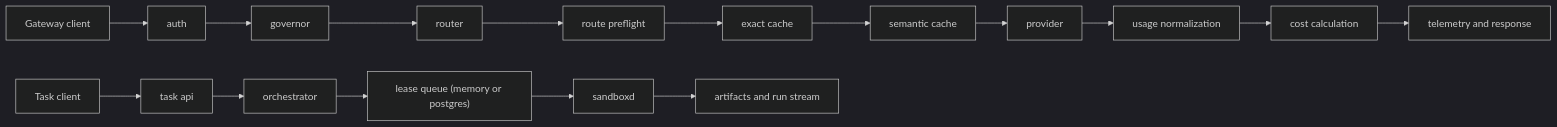
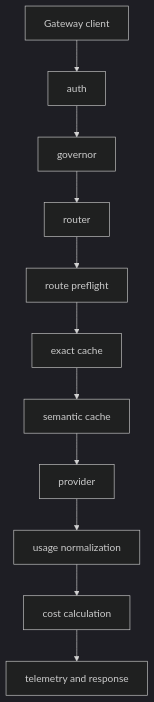
One commit to chicoxyzzy/hecate changed the first of 3 diagrams in README.md. Above: the diagram before and after it, drawn with Mermaid (dark theme). The commit also changed other lines of this file, not shown here.

Commit message:
better mermaid

````diff
--- a/README.md
+++ b/README.md
@@ -44,19 +46,13 @@
 ```mermaid
-flowchart LR
+flowchart TD
     GC["Gateway client"] --> AUTH["auth"];
     AUTH --> GOV["governor"];
     GOV --> ROUTER["router"];
     ROUTER --> PREFLIGHT["route preflight"];
     PREFLIGHT --> EXACT["exact cache"];
     EXACT --> SEM["semantic cache"];
     SEM --> PROVIDER["provider"];
     PROVIDER --> USAGE["usage normalization"];
     USAGE --> COST["cost calculation"];
     COST --> TELEMETRY["telemetry and response"];
-
-    TC["Task client"] --> TASKAPI["task api"];
-    TASKAPI --> ORCH["orchestrator"];
-    ORCH --> LEASEQ["lease queue (memory or postgres)"];
-    LEASEQ --> SANDBOXD["sandboxd"];
-    SANDBOXD --> ARTIFACTS["artifacts and run stream"];
 ```
````
